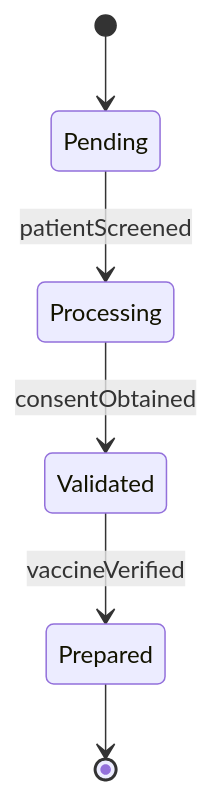
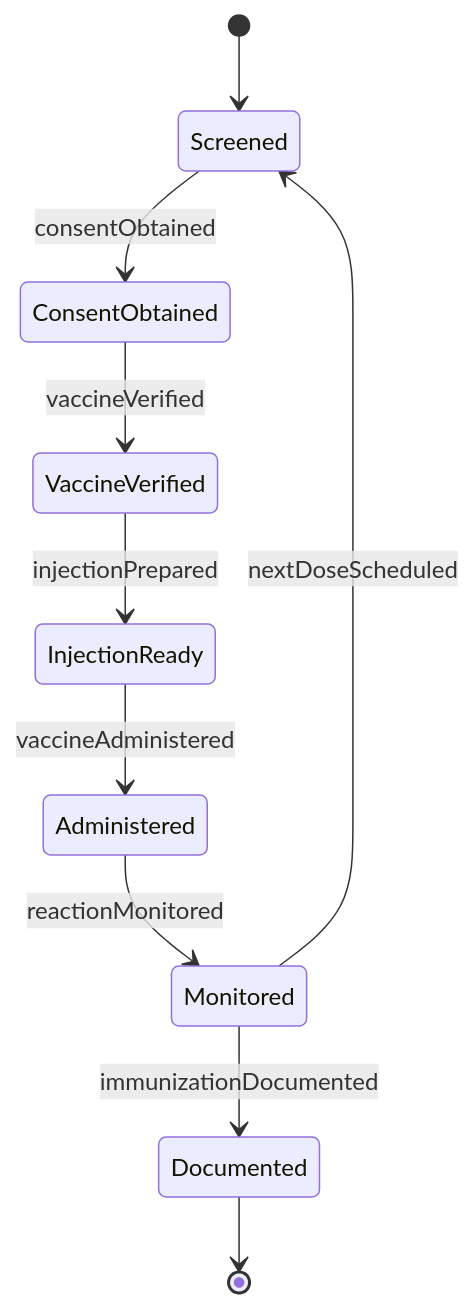
Before and after one commit to dot-org-ai/tasks.org.ai: the second of 4 diagrams in AssistingAndCaringForOthers/AdministerBasicHealthCareOrMedicalTreatments/ImmunizePatients.mdx, drawn with Mermaid. The commit also changed other lines of this file and 32 other files, not shown here.

First line of the commit message:
fix: Improve ER and State diagrams in 32 AssistingAndCaringForOthers DWA files

````diff
--- a/AssistingAndCaringForOthers/AdministerBasicHealthCareOrMedicalTreatments/ImmunizePatients.mdx
+++ b/AssistingAndCaringForOthers/AdministerBasicHealthCareOrMedicalTreatments/ImmunizePatients.mdx
@@ -99,8 +99,12 @@
 ```mermaid
 stateDiagram-v2
-    [*] --> Pending
-    Pending --> Processing : patientScreened
-    Processing --> Validated : consentObtained
-    Validated --> Prepared : vaccineVerified
-    Prepared --> [*]
+    [*] --> Screened
+    Screened --> ConsentObtained : consentObtained
+    ConsentObtained --> VaccineVerified : vaccineVerified
+    VaccineVerified --> InjectionReady : injectionPrepared
+    InjectionReady --> Administered : vaccineAdministered
+    Administered --> Monitored : reactionMonitored
+    Monitored --> Documented : immunizationDocumented
+    Monitored --> Screened : nextDoseScheduled
+    Documented --> [*]
 ```
````
